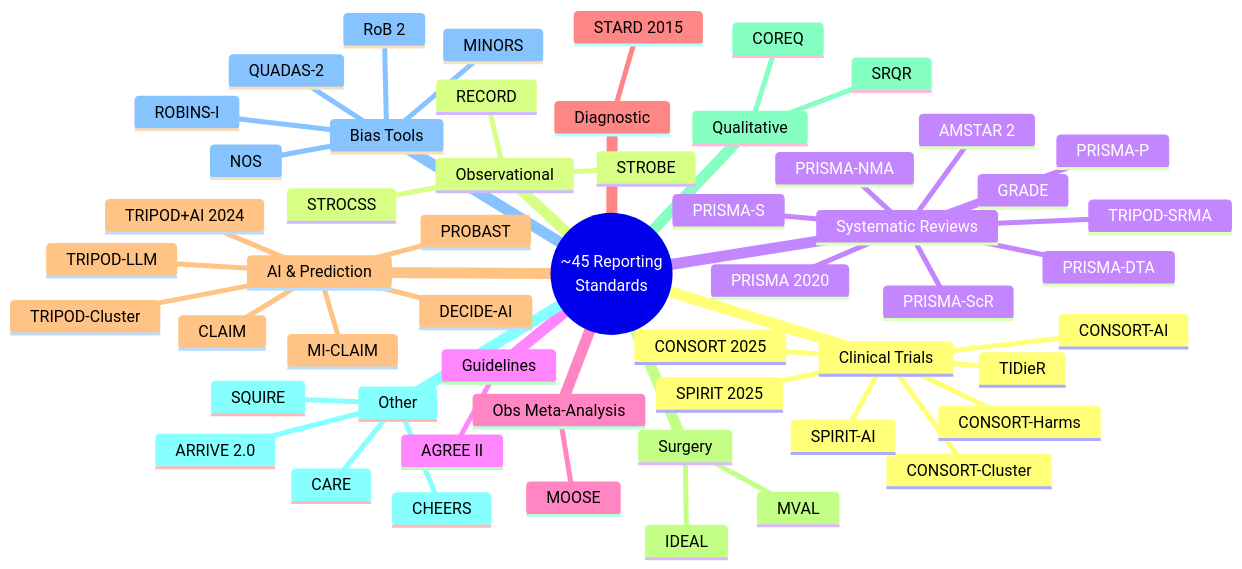
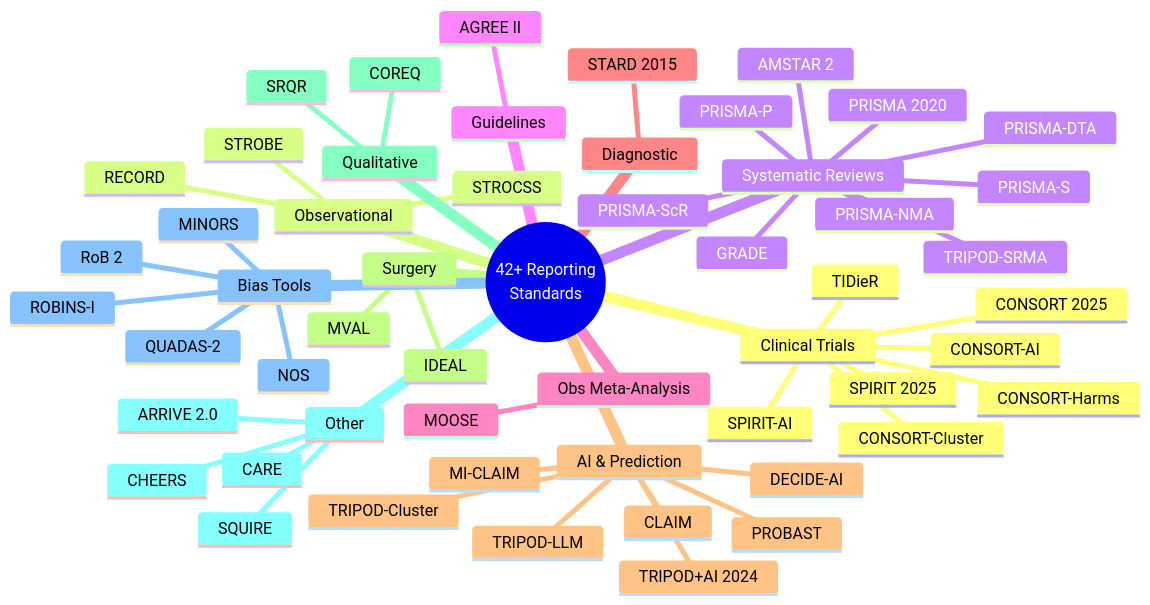
Before and after one commit to Stefansong/med-research-powers: the eighth of 8 diagrams in docs/architecture.md, drawn with Mermaid. The commit also changed other lines of this file and 68 other files, not shown here.

````diff
--- a/docs/architecture.md
+++ b/docs/architecture.md
@@ -317,57 +316,57 @@
 ```mermaid
 mindmap
-  root(("~45 Reporting<br/>Standards"))
+  root(("42+ Reporting<br/>Standards"))
     Clinical Trials
       CONSORT 2025
       CONSORT-AI
       CONSORT-Cluster
       SPIRIT 2025
       SPIRIT-AI
       TIDieR
       CONSORT-Harms
     Observational
       STROBE
       RECORD
       STROCSS
     Systematic Reviews
       PRISMA 2020
       PRISMA-P
       PRISMA-ScR
       PRISMA-S
       PRISMA-DTA
       PRISMA-NMA
       TRIPOD-SRMA
       AMSTAR 2
       GRADE
     Guidelines
       AGREE II
     Obs Meta-Analysis
       MOOSE
     Diagnostic
       STARD 2015
     AI & Prediction
       TRIPOD+AI 2024
       TRIPOD-LLM
       TRIPOD-Cluster
       CLAIM
       MI-CLAIM
       DECIDE-AI
       PROBAST
     Surgery
       IDEAL
       MVAL
     Qualitative
       COREQ
       SRQR
     Other
       ARRIVE 2.0
       CARE
       SQUIRE
       CHEERS
     Bias Tools
       RoB 2
       ROBINS-I
       NOS
       MINORS
       QUADAS-2
 ```
````
